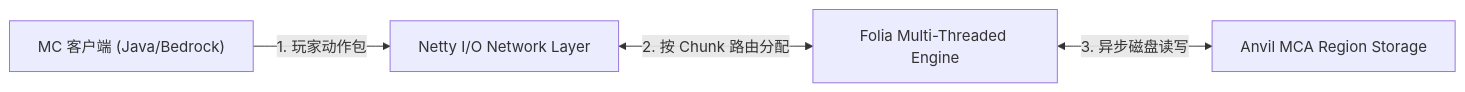
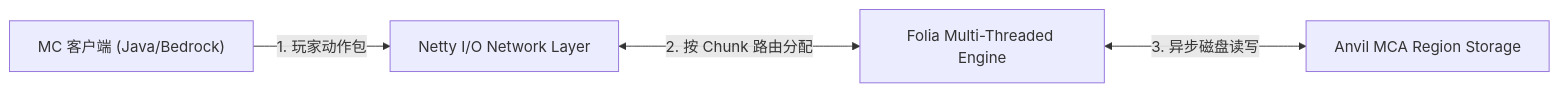
Before and after one commit to koosai/AI-Architect-Learning: the third of 6 diagrams in docs/atlas/minecraft-server.mdx, drawn with Mermaid. The commit also changed 68 other files, not shown here.

Commit message:
fix(atlas): fix browser client-side Mermaid rendering for mindmaps and flowcharts across 67 case studies

````diff
--- a/docs/atlas/minecraft-server.mdx
+++ b/docs/atlas/minecraft-server.mdx
@@ -112,6 +112,6 @@
 ```mermaid
 graph LR
   Players["MC 客户端 (Java/Bedrock)"] -->|1. 玩家动作包| NettyLayer["Netty I/O Network Layer"]
-  NettyLayer <-->|2. 按 Chunk 路由分配| FoliaEngine["Folia Multi-Threaded Engine"]
-  FoliaEngine <-->|3. 异步磁盘读写| AnvilFiles["Anvil MCA Region Storage"]
+  NettyLayer <--->|2. 按 Chunk 路由分配| FoliaEngine["Folia Multi-Threaded Engine"]
+  FoliaEngine <--->|3. 异步磁盘读写| AnvilFiles["Anvil MCA Region Storage"]
 ```
````
